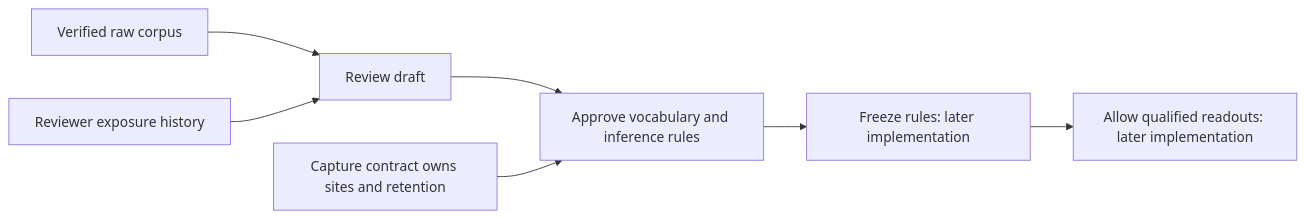
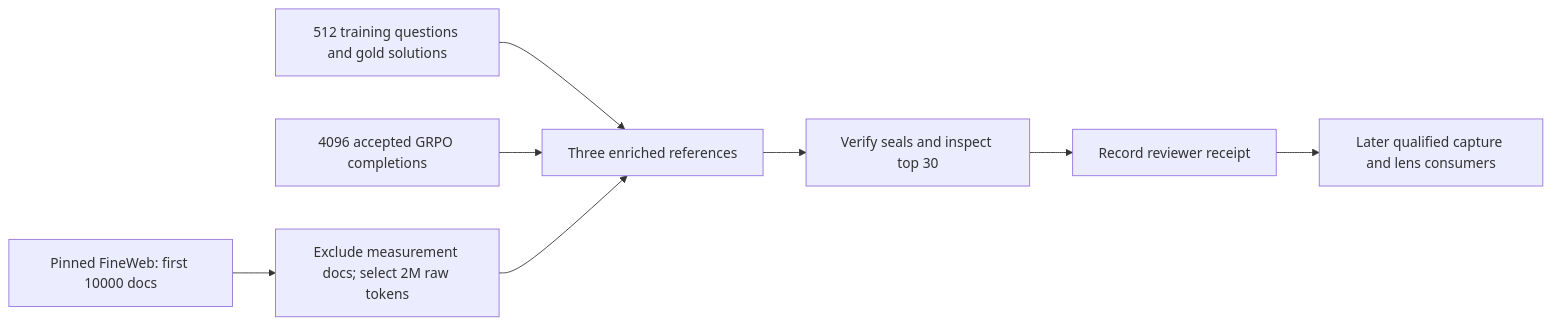
Before and after one commit to mahadikprasad15/spar-pilot: the diagram in docs/pilot5-prereveal-review.md, drawn with Mermaid. The commit also changed other lines of this file and 12 other files, not shown here.

Commit message:
Publish Ticket 03 CPU reference workflow and verified implementation handoff

````diff
--- a/docs/pilot5-prereveal-review.md
+++ b/docs/pilot5-prereveal-review.md
@@ -7,9 +9,10 @@
 ```mermaid
 flowchart LR
-    C[Verified raw corpus] --> D[Review draft]
-    E[Reviewer exposure history] --> D
-    D --> A[Approve vocabulary and inference rules]
-    A --> F[Freeze rules: later implementation]
-    F --> R[Allow qualified readouts: later implementation]
-    P[Capture contract owns sites and retention] --> A
+  A[512 training questions and gold solutions] --> R[Three enriched references]
+  B[4096 accepted GRPO completions] --> R
+  C[Pinned FineWeb: first 10000 docs] --> D[Exclude measurement docs; select 2M raw tokens]
+  D --> R
+  R --> V[Verify seals and inspect top 30]
+  V --> F[Record reviewer receipt]
+  F --> L[Later qualified capture and lens consumers]
 ```
````
